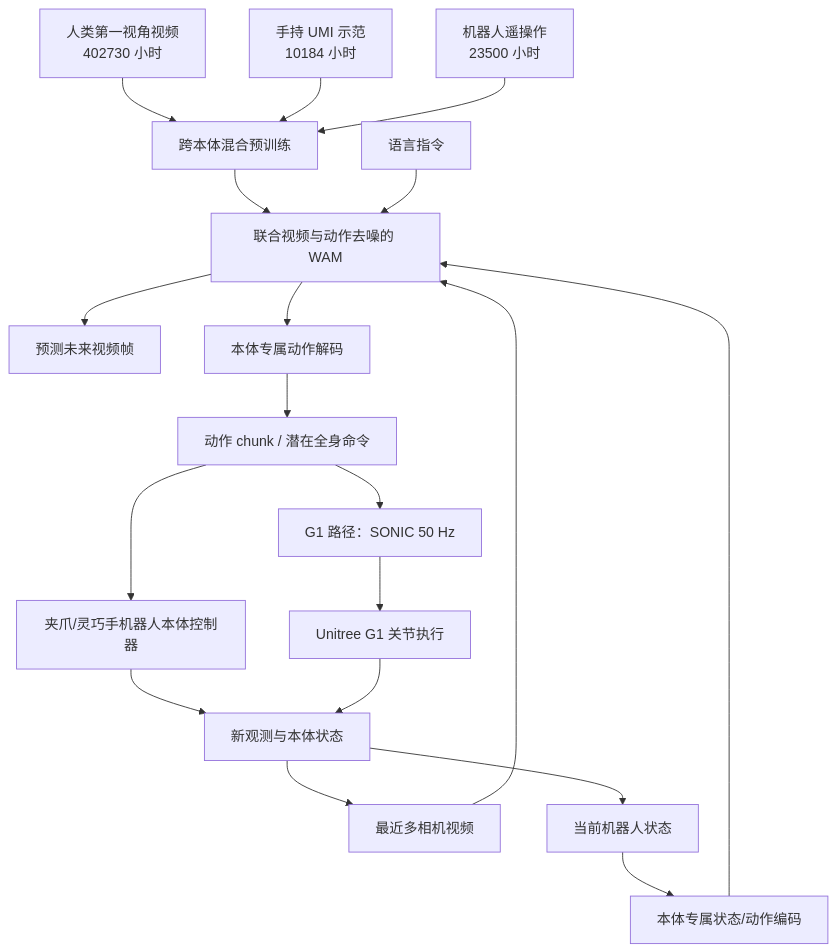
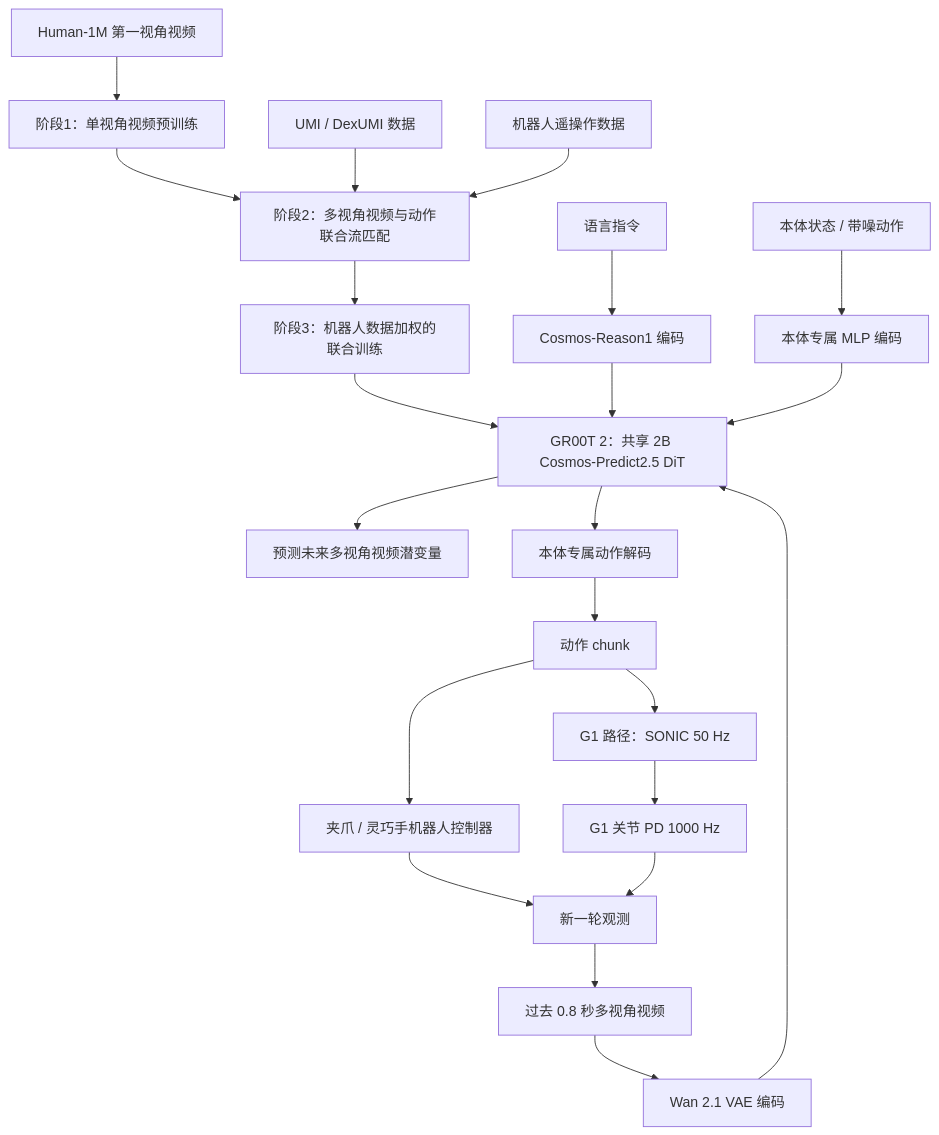
The diagram in wiki/entities/paper-gr00t-2.md (ImChong/Robotics_Notebooks), drawn with Mermaid before and after one commit. The commit also changed other lines of this file, not shown here.

````diff
--- a/wiki/entities/paper-gr00t-2.md
+++ b/wiki/entities/paper-gr00t-2.md
@@ -58,21 +58,24 @@
 ```mermaid
 flowchart TD
-    HV["人类第一视角视频<br/>402730 小时"] --> MIX["跨本体混合预训练"]
-    UMI["手持 UMI 示范<br/>10184 小时"] --> MIX
-    ROB["机器人遥操作<br/>23500 小时"] --> MIX
-    MIX --> WAM["联合视频与动作去噪的 WAM"]
-    CAM["最近多相机视频"] --> WAM
-    INS["语言指令"] --> WAM
-    STA["当前机器人状态"] --> EMB["本体专属状态/动作编码"]
-    EMB --> WAM
-    WAM --> FUT["预测未来视频帧"]
-    WAM --> HEAD["本体专属动作解码"]
-    HEAD --> CHUNK["动作 chunk / 潜在全身命令"]
-    CHUNK --> BODY["夹爪/灵巧手机器人本体控制器"]
+    HU["Human-1M 第一视角视频"] --> P1["阶段1：单视角视频预训练"]
+    P1 --> P2["阶段2：多视角视频与动作联合流匹配"]
+    UMI["UMI / DexUMI 数据"] --> P2
+    ROB["机器人遥操作数据"] --> P2
+    P2 --> P3["阶段3：机器人数据加权的联合训练"]
+    P3 --> CKPT["GR00T 2：共享 2B Cosmos-Predict2.5 DiT"]
+    CAM["过去 0.8 秒多视角视频"] --> VAE["Wan 2.1 VAE 编码"]
+    VAE --> CKPT
+    LANG["语言指令"] --> TEXT["Cosmos-Reason1 编码"]
+    TEXT --> CKPT
+    STATE["本体状态 / 带噪动作"] --> HEAD["本体专属 MLP 编码"]
+    HEAD --> CKPT
+    CKPT --> VIDEO["预测未来多视角视频潜变量"]
+    CKPT --> DEC["本体专属动作解码"]
+    DEC --> CHUNK["动作 chunk"]
+    CHUNK --> ARM["夹爪 / 灵巧手机器人控制器"]
     CHUNK --> SON["G1 路径：SONIC 50 Hz"]
-    SON --> G1["Unitree G1 关节执行"]
-    BODY --> OBS["新观测与本体状态"]
-    G1 --> OBS
+    SON --> PD["G1 关节 PD 1000 Hz"]
+    ARM --> OBS["新一轮观测"]
+    PD --> OBS
     OBS --> CAM
-    OBS --> STA
 ```
````
